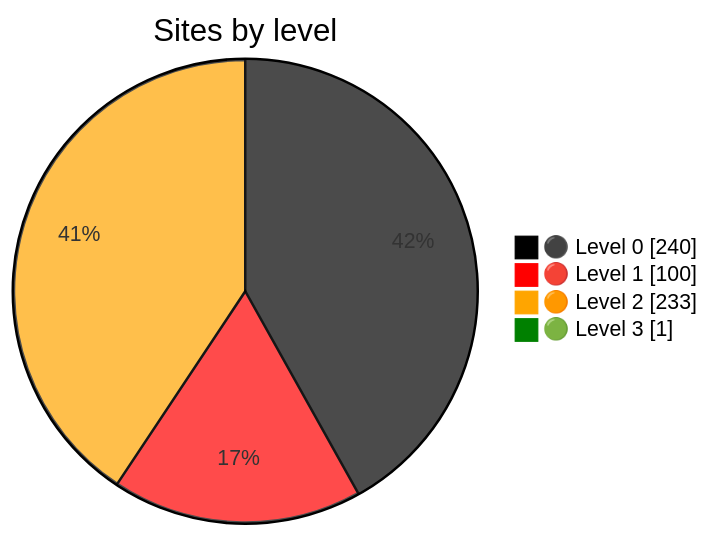
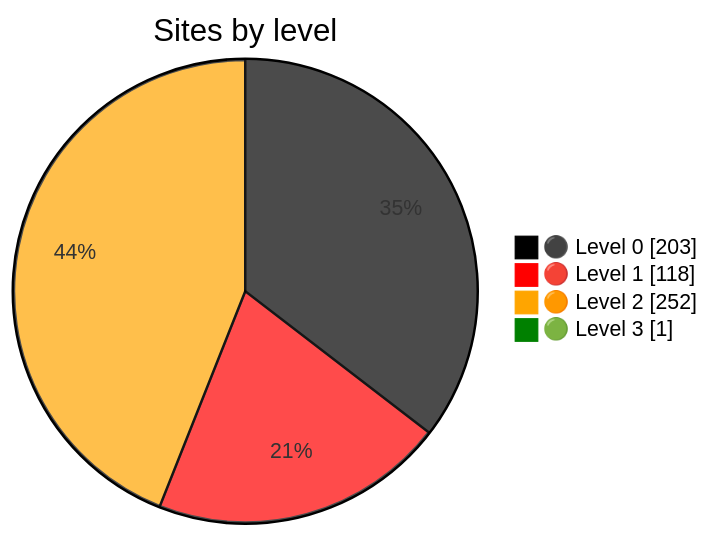
One commit to Dushmilan/gov_lk_web_auditor changed the diagram in README.md. Above: the diagram before and after it, drawn with Mermaid. The commit also changed other lines of this file and 2629 other files, not shown here.

````diff
--- a/README.md
+++ b/README.md
@@ -24,9 +24,9 @@
 ```mermaid
 %%{init: {"themeVariables":{"pie1":"black","pie2":"red","pie3":"orange","pie4":"green"}}}%%
 pie showData
     title Sites by level
-    "⚫ Level 0" : 240
-    "🔴 Level 1" : 100
-    "🟠 Level 2" : 233
+    "⚫ Level 0" : 203
+    "🔴 Level 1" : 118
+    "🟠 Level 2" : 252
     "🟢 Level 3" : 1
 ```
````
